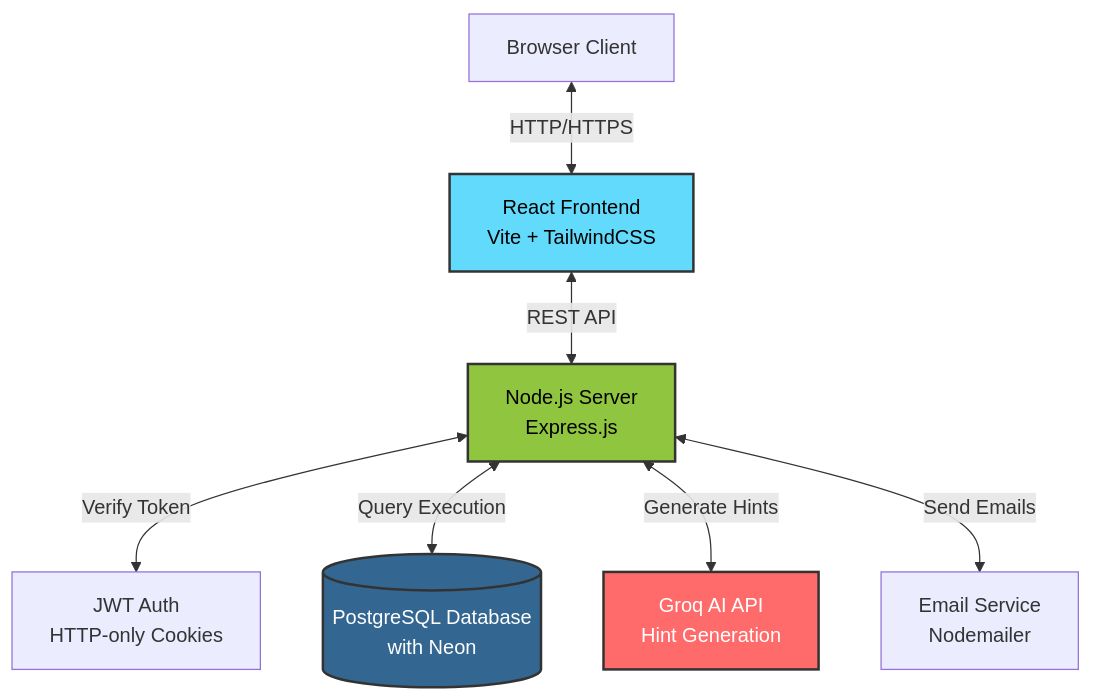
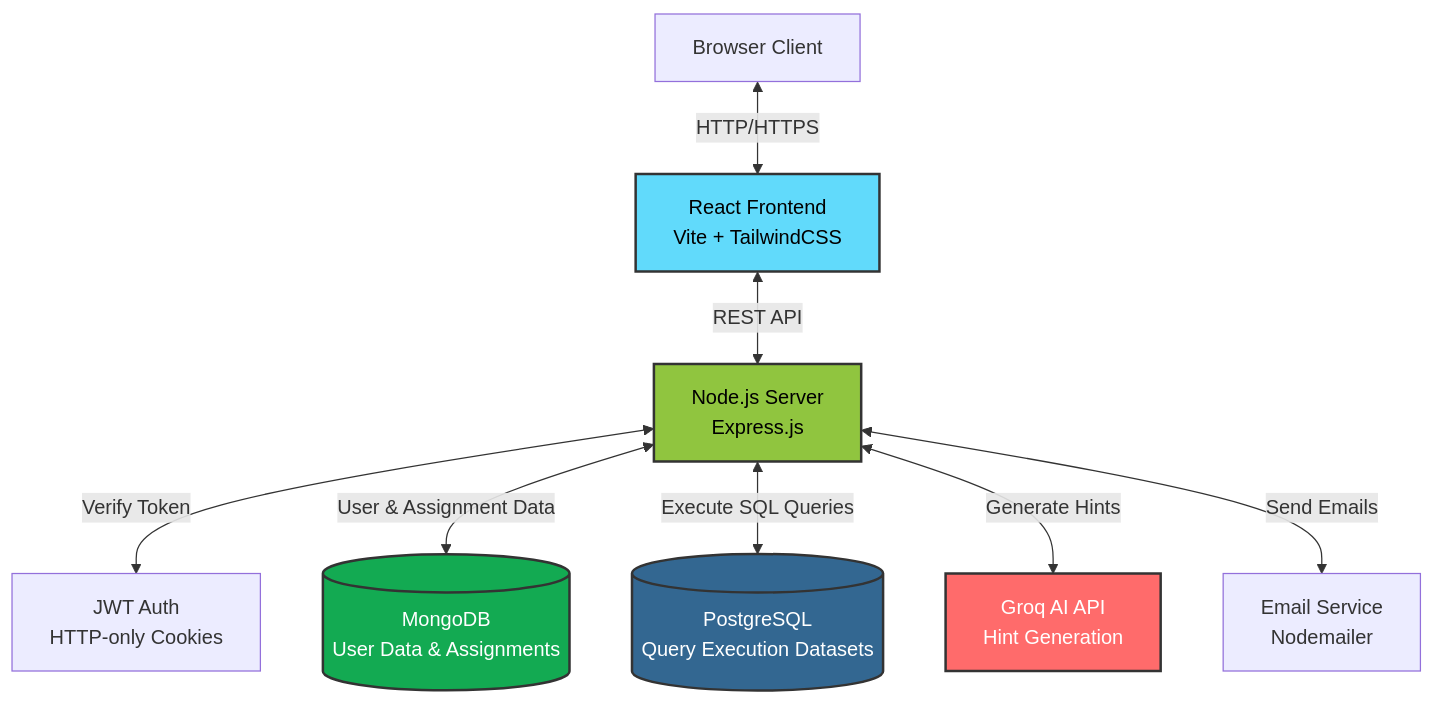
One commit to nishant7360/SQL-Studio-Project changed the first of 6 diagrams in README.md. Above: the diagram before and after it, drawn with Mermaid. The commit also changed other lines of this file, not shown here.

````diff
--- a/README.md
+++ b/README.md
@@ -172,22 +176,25 @@
 ```mermaid
 graph TB
     Client[Browser Client]
     Frontend[React Frontend<br/>Vite + TailwindCSS]
     BackendServer[Node.js Server<br/>Express.js]
     JWT[JWT Auth<br/>HTTP-only Cookies]
-    Postgres[(PostgreSQL Database<br/>with Neon)]
+    MongoDB[(MongoDB<br/>User Data & Assignments)]
+    Postgres[(PostgreSQL<br/>Query Execution Datasets)]
     GroqAPI[Groq AI API<br/>Hint Generation]
     EmailService[Email Service<br/>Nodemailer]
 
     Client <-->|HTTP/HTTPS| Frontend
     Frontend <-->|REST API| BackendServer
     BackendServer <-->|Verify Token| JWT
-    BackendServer <-->|Query Execution| Postgres
+    BackendServer <-->|User & Assignment Data| MongoDB
+    BackendServer <-->|Execute SQL Queries| Postgres
     BackendServer <-->|Generate Hints| GroqAPI
     BackendServer <-->|Send Emails| EmailService
 
     style Frontend fill:#61dafb,stroke:#333,stroke-width:2px,color:#000
     style BackendServer fill:#90c53f,stroke:#333,stroke-width:2px,color:#000
+    style MongoDB fill:#13aa52,stroke:#333,stroke-width:2px,color:#fff
     style Postgres fill:#336791,stroke:#333,stroke-width:2px,color:#fff
     style GroqAPI fill:#ff6b6b,stroke:#333,stroke-width:2px,color:#fff
 ```
````
